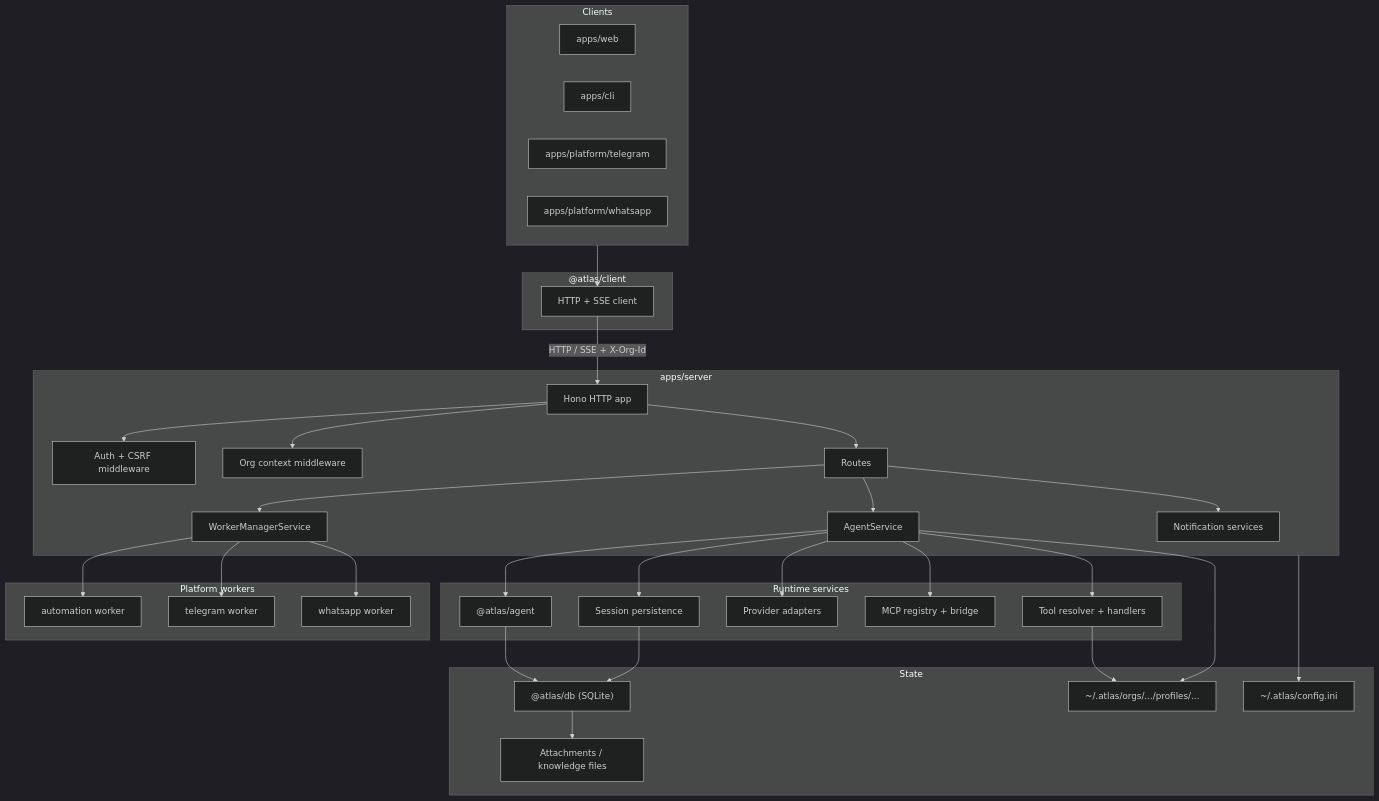
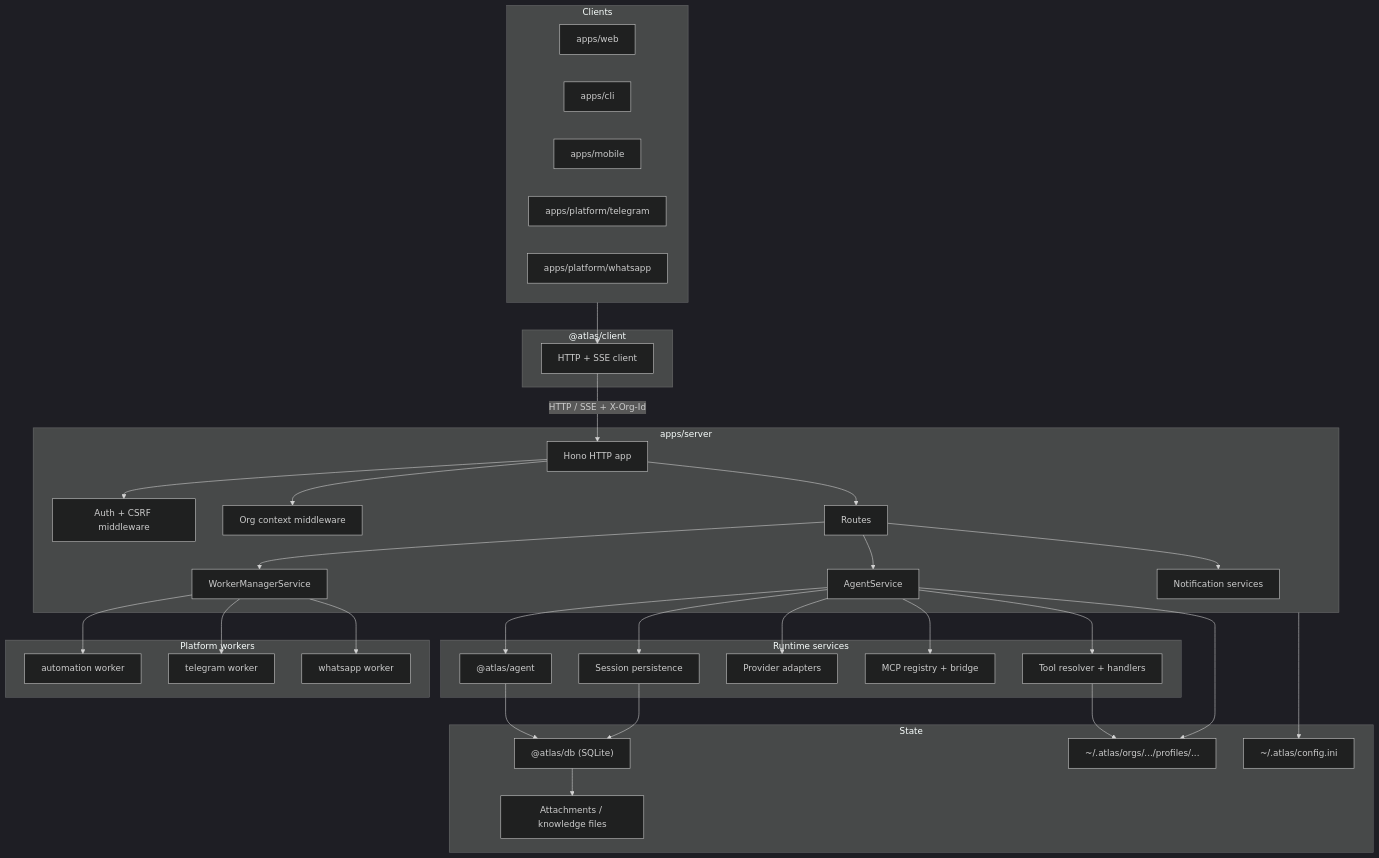
The diagram in ARCHITECTURE.md (kungfufafa/atlas), drawn with Mermaid (dark theme) before and after one commit. The commit also changed other lines of this file and 220 other files, not shown here.

````diff
--- a/ARCHITECTURE.md
+++ b/ARCHITECTURE.md
@@ -7,67 +7,68 @@
 ```mermaid
 flowchart TB
   subgraph clients ["Clients"]
     web["apps/web"]
     cli["apps/cli"]
+    mobile["apps/mobile"]
     tg["apps/platform/telegram"]
     wa["apps/platform/whatsapp"]
   end
 
   subgraph sdk ["@atlas/client"]
     client["HTTP + SSE client"]
   end
 
   subgraph server ["apps/server"]
     http["Hono HTTP app"]
     auth["Auth + CSRF middleware"]
     org["Org context middleware"]
     agent["AgentService"]
     routes["Routes"]
     workers["WorkerManagerService"]
     notif["Notification services"]
   end
 
   subgraph runtime ["Runtime services"]
     harness["@atlas/agent"]
     tools["Tool resolver + handlers"]
     providers["Provider adapters"]
     mcp["MCP registry + bridge"]
     persist["Session persistence"]
   end
 
   subgraph data ["State"]
     db["@atlas/db (SQLite)"]
     soul["~/.atlas/orgs/.../profiles/..."]
     config["~/.atlas/config.ini"]
     files["Attachments / knowledge files"]
   end
 
   subgraph workers2 ["Platform workers"]
     automation["automation worker"]
     telegram["telegram worker"]
     whatsapp["whatsapp worker"]
   end
 
   clients --> client
   client -->|"HTTP / SSE + X-Org-Id"| http
   http --> auth
   http --> org
   http --> routes
   routes --> agent
   routes --> workers
   routes --> notif
   agent --> harness
   agent --> tools
   agent --> providers
   agent --> mcp
   agent --> persist
   harness --> db
   persist --> db
   tools --> soul
   agent --> soul
   db --> files
   server --> config
   workers --> automation
   workers --> telegram
   workers --> whatsapp
 ```
````
